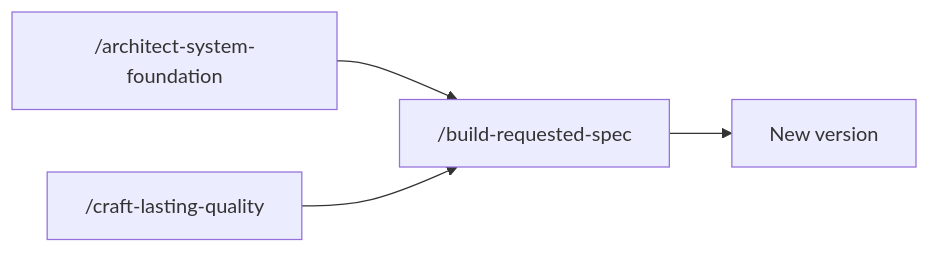
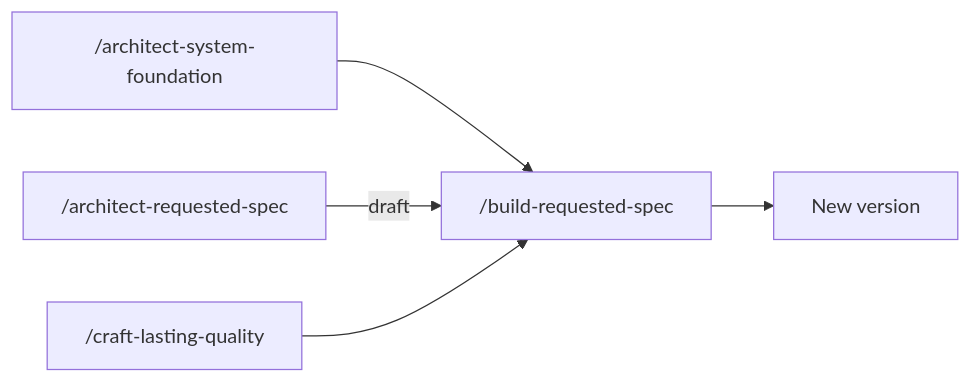
One commit to AIDDbot/AIDDbot changed the first of 2 diagrams in docs/how-it-works.md. Above: the diagram before and after it, drawn with Mermaid. The commit also changed other lines of this file, not shown here.

Commit message:
docs: add /architect-requested-spec to how it works

````diff
--- a/docs/how-it-works.md
+++ b/docs/how-it-works.md
@@ -27,6 +27,7 @@
 ```mermaid
 flowchart LR
     A["/architect-system-foundation"] --> B["/build-requested-spec"]
+    D["/architect-requested-spec"] -->|draft| B
     C["/craft-lasting-quality"] --> B
     B --> V[New version]
 ```
````
